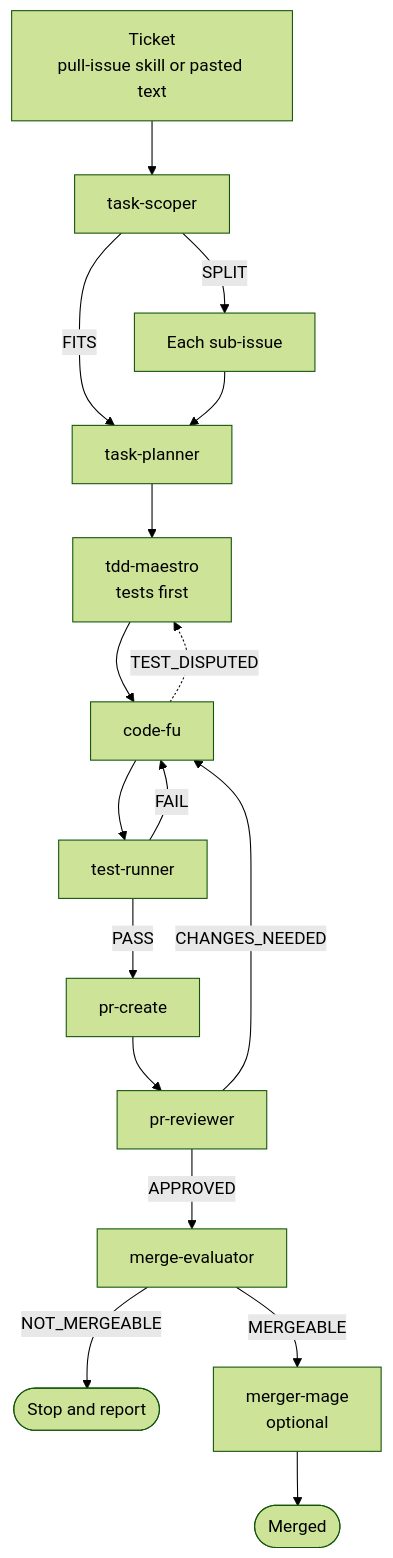
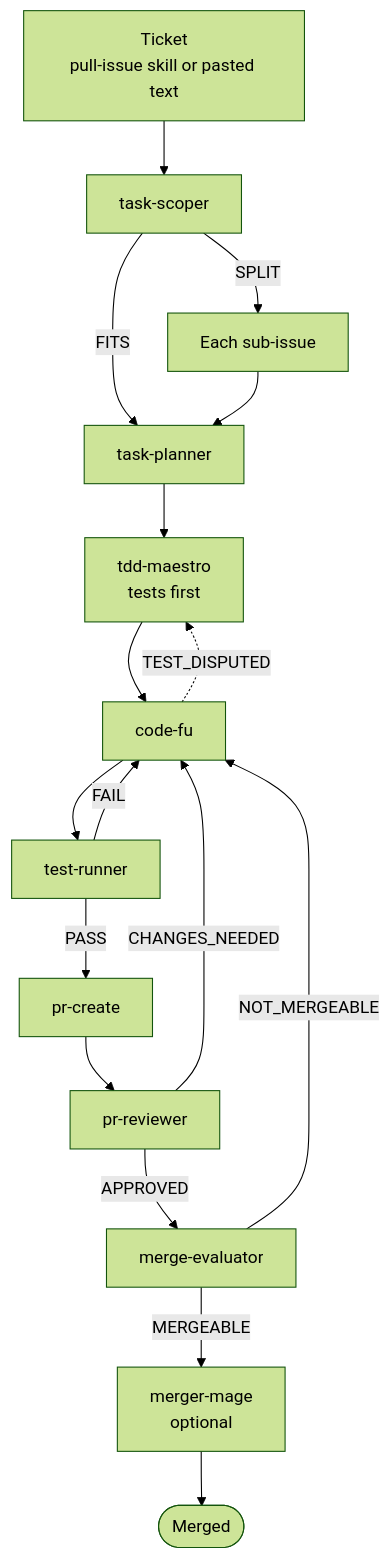
Before and after one commit to thelim3y/agentic-engineering-workflow-legacy: the diagram in README.md, drawn with Mermaid (forest theme).

Commit message:
docs: send NOT_MERGEABLE back to code-fu

````diff
--- a/README.md
+++ b/README.md
@@ -24,18 +24,18 @@
 ```mermaid
 flowchart TD
     ticket["Ticket<br/>pull-issue skill or pasted text"] --> scope["task-scoper"]
     scope -- FITS --> plan["task-planner"]
     scope -- SPLIT --> subs["Each sub-issue"] --> plan
     plan --> tests["tdd-maestro<br/>tests first"]
     tests --> code["code-fu"]
     code -. TEST_DISPUTED .-> tests
     code --> run["test-runner"]
     run -- FAIL --> code
     run -- PASS --> pr["pr-create"]
     pr --> review["pr-reviewer"]
     review -- CHANGES_NEEDED --> code
     review -- APPROVED --> eval["merge-evaluator"]
-    eval -- NOT_MERGEABLE --> stop(["Stop and report"])
+    eval -- NOT_MERGEABLE --> code
     eval -- MERGEABLE --> merge["merger-mage<br/>optional"]
     merge --> done(["Merged"])
 ```
````
